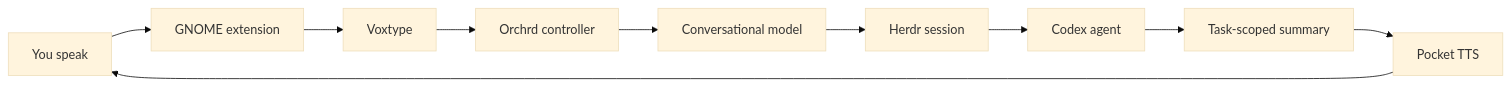
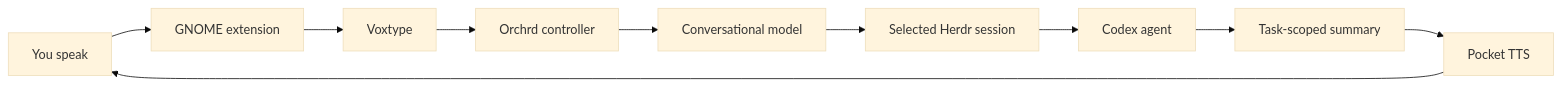
One commit to KacperLa/orchrd changed the diagram in README.md. Above: the diagram before and after it, drawn with Mermaid (base theme). The commit also changed other lines of this file and 11 other files, not shown here.

Commit message:
Attach Orchrd to selected Herdr sessions

````diff
--- a/README.md
+++ b/README.md
@@ -27,12 +28,12 @@
 ```mermaid
 flowchart LR
     Voice[You speak] --> Shell[GNOME extension]
     Shell --> STT[Voxtype]
     STT --> Router[Orchrd controller]
     Router --> Intent[Conversational model]
-    Intent --> Herdr[Herdr session]
+    Intent --> Herdr[Selected Herdr session]
     Herdr --> Codex[Codex agent]
     Codex --> Summary[Task-scoped summary]
     Summary --> TTS[Pocket TTS]
     TTS --> Voice
 ```
````
